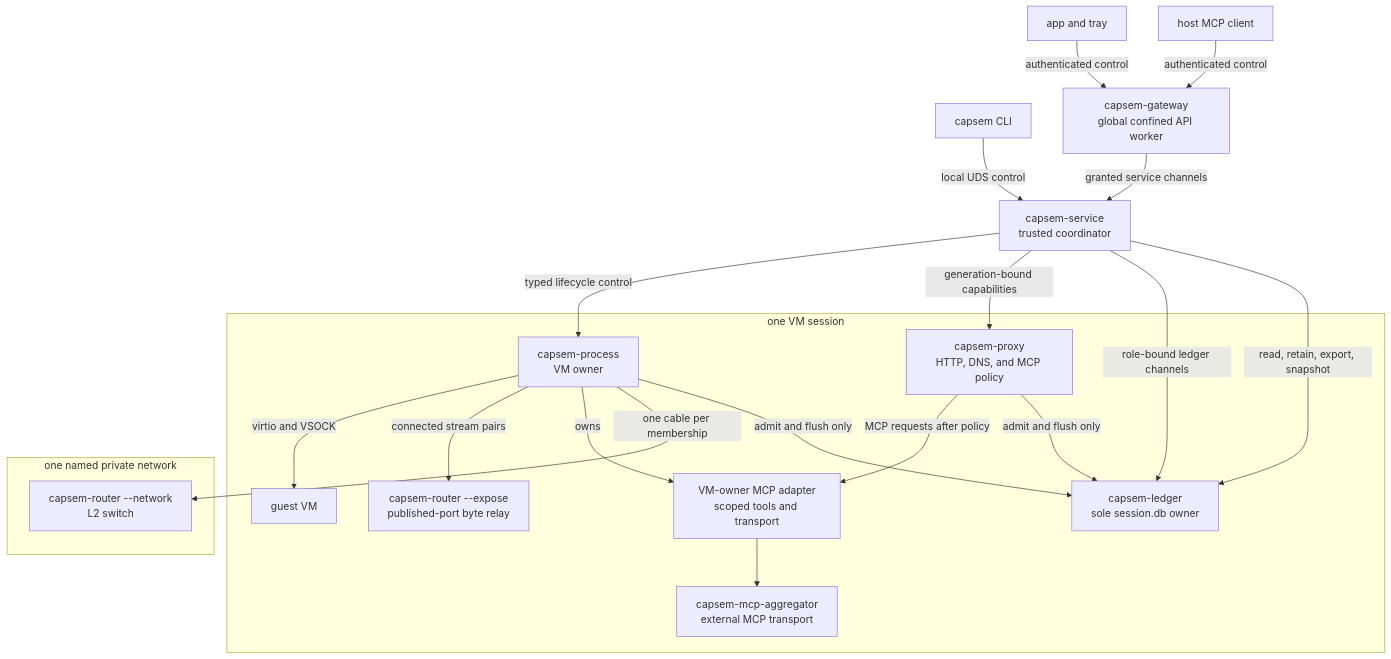
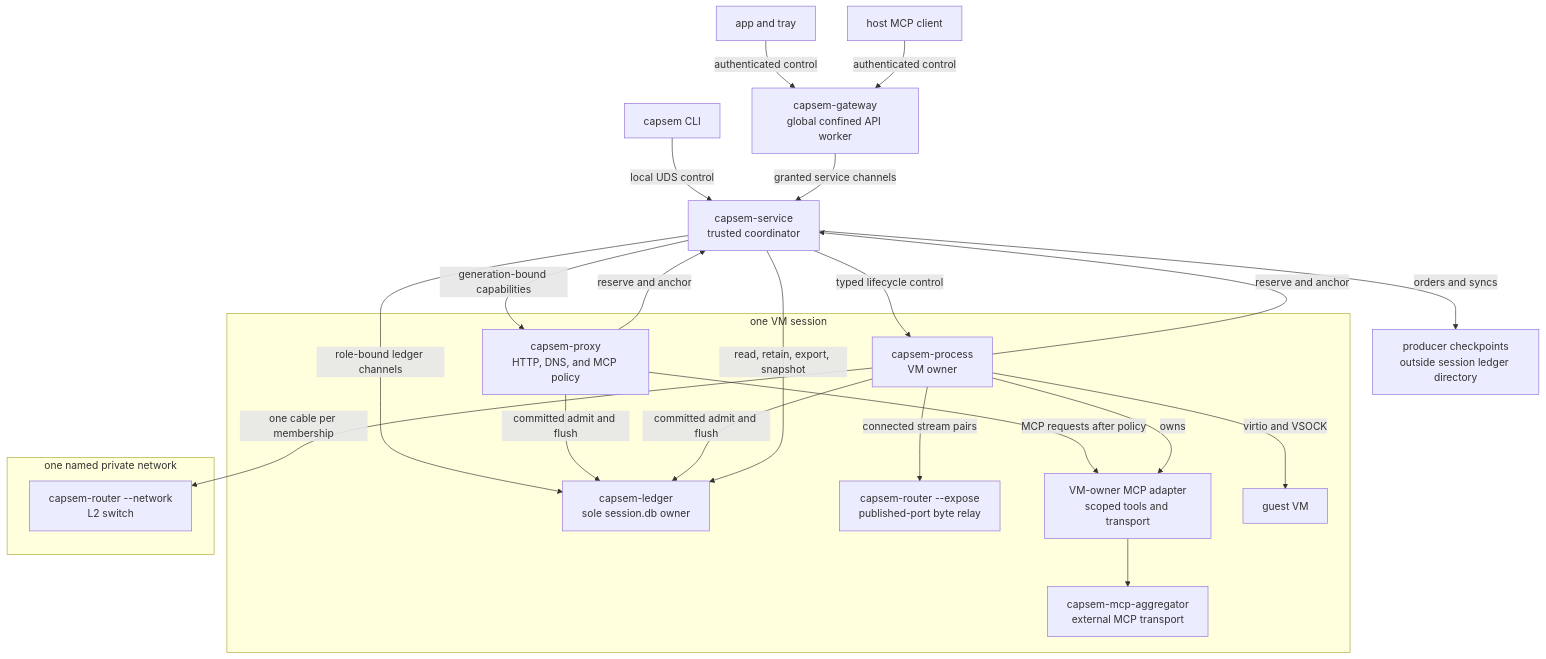
One commit to google/capsem changed the first of 2 diagrams in web/docs/src/content/docs/architecture/host-isolation.md. Above: the diagram before and after it, drawn with Mermaid. The commit also changed other lines of this file and 2 other files, not shown here.

Commit message:
docs(architecture): define ledger commitment proof

````diff
--- a/web/docs/src/content/docs/architecture/host-isolation.md
+++ b/web/docs/src/content/docs/architecture/host-isolation.md
@@ -19,39 +19,43 @@
 ```mermaid
 flowchart TB
     CLI["capsem CLI"]
     UI["app and tray"]
     HostMCP["host MCP client"]
     Gateway["capsem-gateway<br/>global confined API worker"]
     Service["capsem-service<br/>trusted coordinator"]
+    Checkpoints["producer checkpoints<br/>outside session ledger directory"]
 
     subgraph Session["one VM session"]
         Owner["capsem-process<br/>VM owner"]
         Proxy["capsem-proxy<br/>HTTP, DNS, and MCP policy"]
         Ledger["capsem-ledger<br/>sole session.db owner"]
         Relay["capsem-router --expose<br/>published-port byte relay"]
         Aggregator["capsem-mcp-aggregator<br/>external MCP transport"]
         MCPBridge["VM-owner MCP adapter<br/>scoped tools and transport"]
         VM["guest VM"]
     end
 
     subgraph PrivateNetwork["one named private network"]
         Switch["capsem-router --network<br/>L2 switch"]
     end
 
     UI -->|"authenticated control"| Gateway
     HostMCP -->|"authenticated control"| Gateway
     CLI -->|"local UDS control"| Service
     Gateway -->|"granted service channels"| Service
     Service -->|"typed lifecycle control"| Owner
     Service -->|"generation-bound capabilities"| Proxy
     Service -->|"role-bound ledger channels"| Ledger
+    Service -->|"orders and syncs"| Checkpoints
     Owner -->|"virtio and VSOCK"| VM
     Owner -->|"connected stream pairs"| Relay
     Proxy -->|"MCP requests after policy"| MCPBridge
     Owner -->|"owns"| MCPBridge
     MCPBridge --> Aggregator
     Owner -->|"one cable per membership"| Switch
-    Proxy -->|"admit and flush only"| Ledger
-    Owner -->|"admit and flush only"| Ledger
+    Proxy -->|"committed admit and flush"| Ledger
+    Owner -->|"committed admit and flush"| Ledger
+    Proxy -->|"reserve and anchor"| Service
+    Owner -->|"reserve and anchor"| Service
     Service -->|"read, retain, export, snapshot"| Ledger
 ```
````
